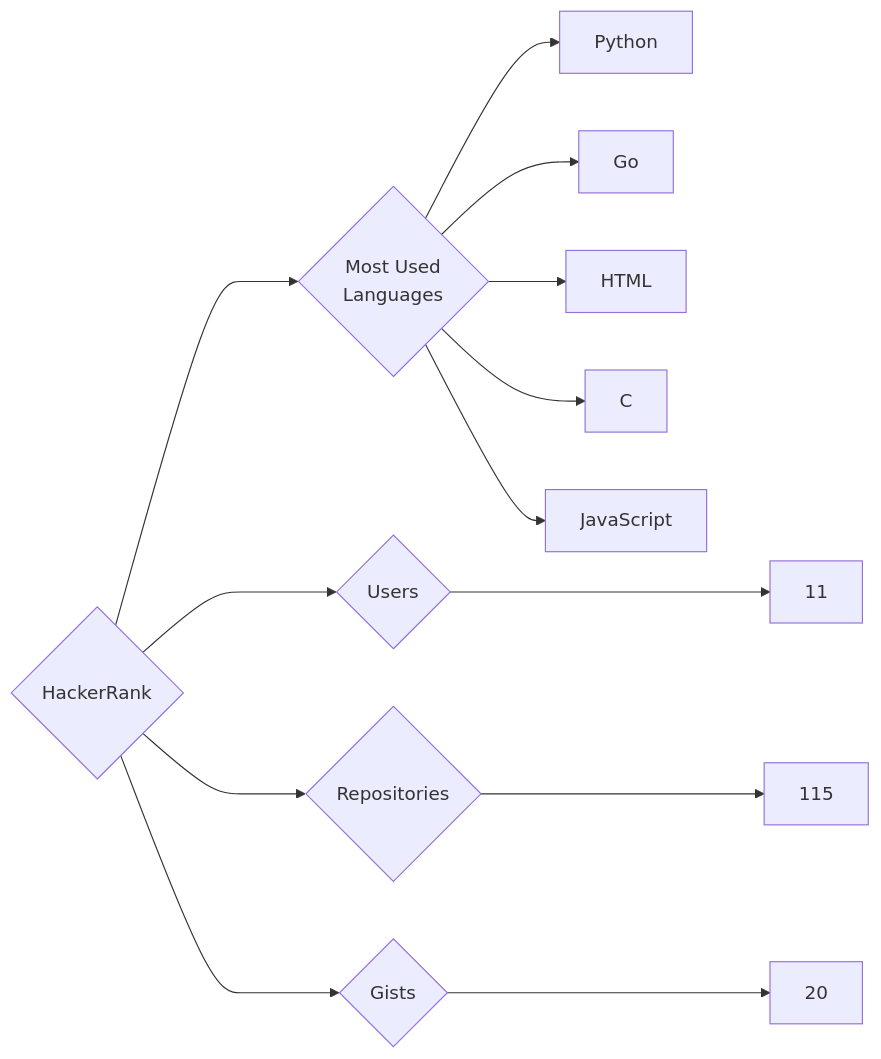
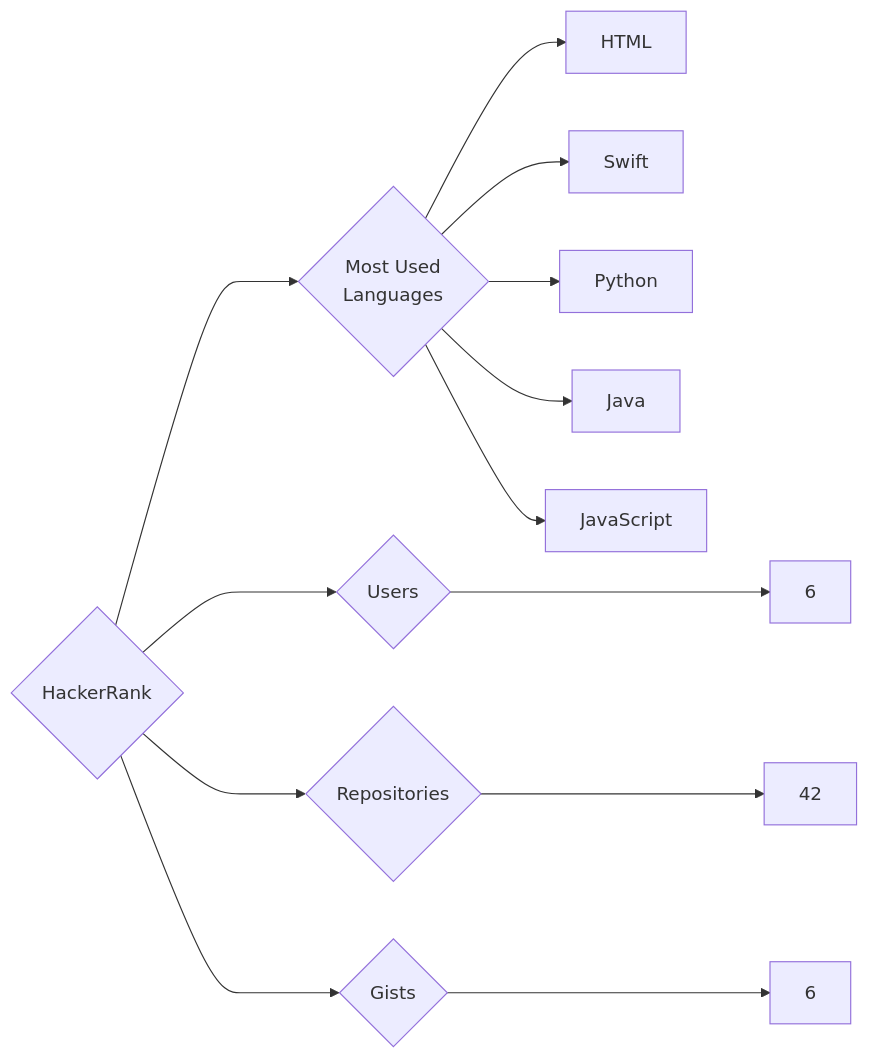
Before and after one commit to trickest/insiders: the diagram in targets/HackerRank/README.md, drawn with Mermaid. The commit also changed 933 other files, not shown here.

````diff
--- a/targets/HackerRank/README.md
+++ b/targets/HackerRank/README.md
@@ -3,13 +3,13 @@
 ```mermaid
 graph LR
 COMPANY_NAME{HackerRank}
-COMPANY_NAME ---> U{Users} ---> UN[11]
-COMPANY_NAME ---> R{Repositories} ---> RN[115]
-COMPANY_NAME ---> G{Gists} ---> GN[20]
+COMPANY_NAME ---> U{Users} ---> UN[6]
+COMPANY_NAME ---> R{Repositories} ---> RN[42]
+COMPANY_NAME ---> G{Gists} ---> GN[6]
 COMPANY_NAME ---> ML{Most Used<br>Languages}
+ML --> HTML[HTML]
+ML --> Swift[Swift]
 ML --> Python[Python]
-ML --> Go[Go]
-ML --> HTML[HTML]
-ML --> C[C]
+ML --> Java[Java]
 ML --> JavaScript[JavaScript]
 ```
````
